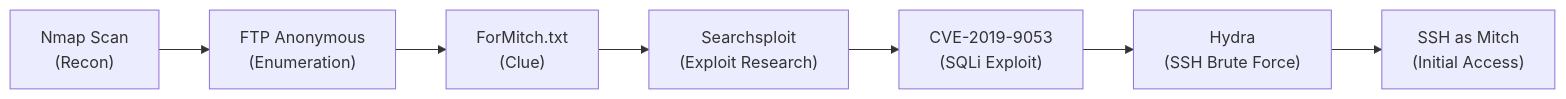
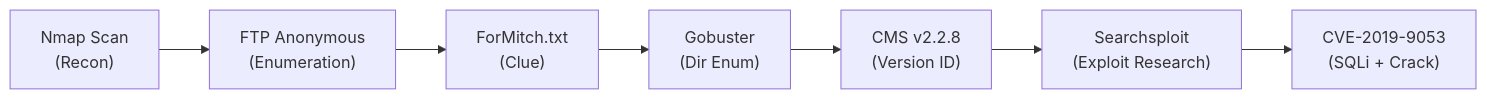
The first of 3 diagrams in THM-Notes/Challenge-room/SimpleCTF-Writeups.md (Dimm377/CyberSec-Learning-Notes), drawn with Mermaid before and after one commit. The commit also changed other lines of this file and 5 other files, not shown here.

````diff
--- a/THM-Notes/Challenge-room/SimpleCTF-Writeups.md
+++ b/THM-Notes/Challenge-room/SimpleCTF-Writeups.md
@@ -275,9 +351,9 @@
 ```mermaid
 graph LR
     A["Nmap Scan\n(Recon)"] --> B["FTP Anonymous\n(Enumeration)"]
     B --> C["ForMitch.txt\n(Clue)"]
-    C --> D["Searchsploit\n(Exploit Research)"]
-    D --> E["CVE-2019-9053\n(SQLi Exploit)"]
-    E --> F["Hydra\n(SSH Brute Force)"]
-    F --> G["SSH as Mitch\n(Initial Access)"]
+    C --> D["Gobuster\n(Dir Enum)"]
+    D --> E["CMS v2.2.8\n(Version ID)"]
+    E --> F["Searchsploit\n(Exploit Research)"]
+    F --> G["CVE-2019-9053\n(SQLi + Crack)"]
 ```
````
